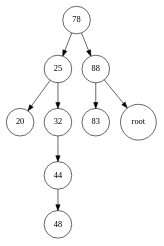
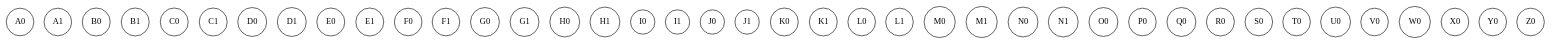
One commit to mfer/ptasgig changed the diagram in reports/tree.gv. Above: the diagram before and after it, drawn with Graphviz. The commit also changed 13 other files, not shown here.

```diff
--- a/reports/tree.gv
+++ b/reports/tree.gv
@@ -1,25 +1,48 @@
 digraph bstree {
 
     node [shape = circle];
     graph [ordering="out"];
 
-    1 [label = "20"];
-    2 [label = "25"];
-    3 [label = "32"];
-    4 [label = "44"];
-    5 [label = "48"];
-    6 [label = "78"];
-    7 [label = "83"];
-    8 [label = "88"];
-    9 [label = "root"];
+    1 [label = "A0"];
+    2 [label = "A1"];
+    3 [label = "B0"];
+    4 [label = "B1"];
+    5 [label = "C0"];
+    6 [label = "C1"];
+    7 [label = "D0"];
+    8 [label = "D1"];
+    9 [label = "E0"];
+    10 [label = "E1"];
+    11 [label = "F0"];
+    12 [label = "F1"];
+    13 [label = "G0"];
+    14 [label = "G1"];
+    15 [label = "H0"];
+    16 [label = "H1"];
+    17 [label = "I0"];
+    18 [label = "I1"];
+    19 [label = "J0"];
+    20 [label = "J1"];
+    21 [label = "K0"];
+    22 [label = "K1"];
+    23 [label = "L0"];
+    24 [label = "L1"];
+    25 [label = "M0"];
+    26 [label = "M1"];
+    27 [label = "N0"];
+    28 [label = "N1"];
+    29 [label = "O0"];
+    30 [label = "P0"];
+    31 [label = "Q0"];
+    32 [label = "R0"];
+    33 [label = "S0"];
+    34 [label = "T0"];
+    35 [label = "U0"];
+    36 [label = "V0"];
+    37 [label = "W0"];
+    38 [label = "X0"];
+    39 [label = "Y0"];
+    40 [label = "Z0"];
 
-    6 -> 2;
-    2 -> 1;
-    2 -> 3;
-    3 -> 4;
-    4 -> 5;
-    6 -> 8;
-    8 -> 7;
-    8 -> 9;
 
 }
```
